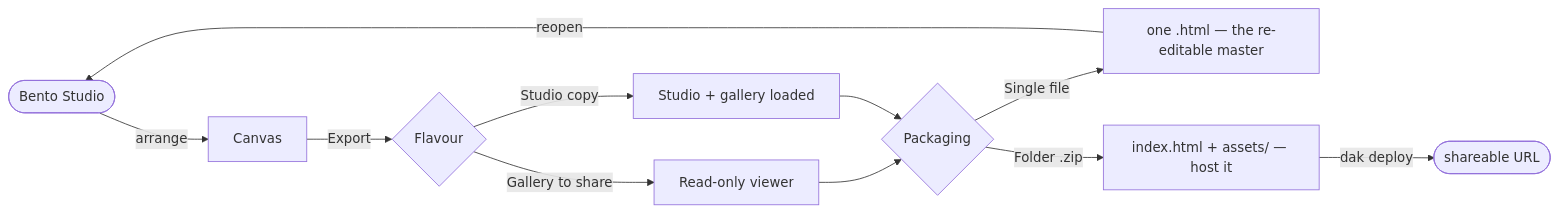
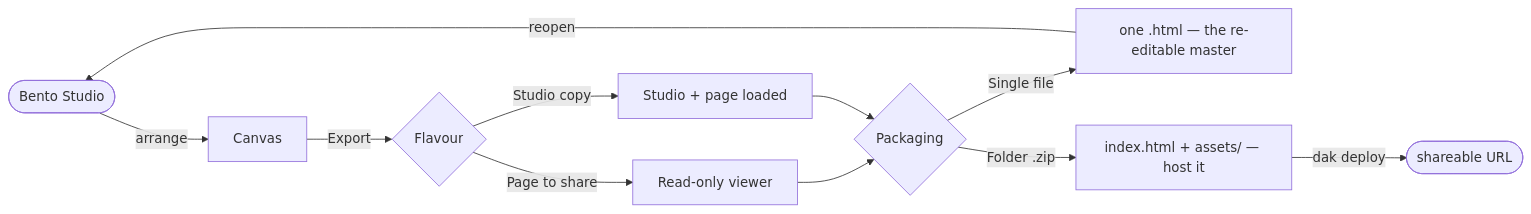
The diagram in README.md (auth-02/bento-studio), drawn with Mermaid before and after one commit. The commit also changed other lines of this file and 10 other files, not shown here.

````diff
--- a/README.md
+++ b/README.md
@@ -64,13 +65,13 @@
 ```mermaid
 flowchart LR
     A([Bento Studio]) -->|arrange| B[Canvas]
     B -->|Export| C{Flavour}
-    C -->|Gallery to share| D[Read-only viewer]
-    C -->|Studio copy| E[Studio + gallery loaded]
+    C -->|Page to share| D[Read-only viewer]
+    C -->|Studio copy| E[Studio + page loaded]
     D --> F{Packaging}
     E --> F
     F -->|Single file| G["one .html — the re-editable master"]
     F -->|Folder .zip| H["index.html + assets/ — host it"]
     G -->|reopen| A
     H -->|dak deploy| I([shareable URL])
 ```
````
